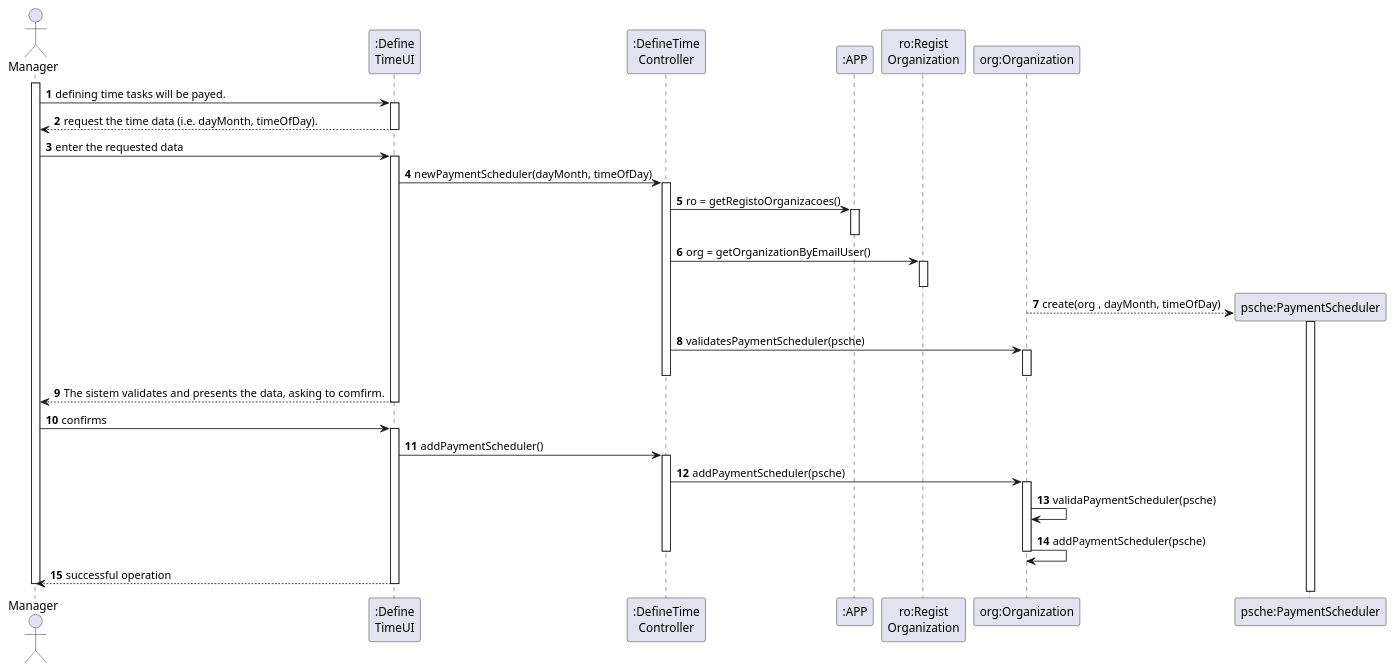
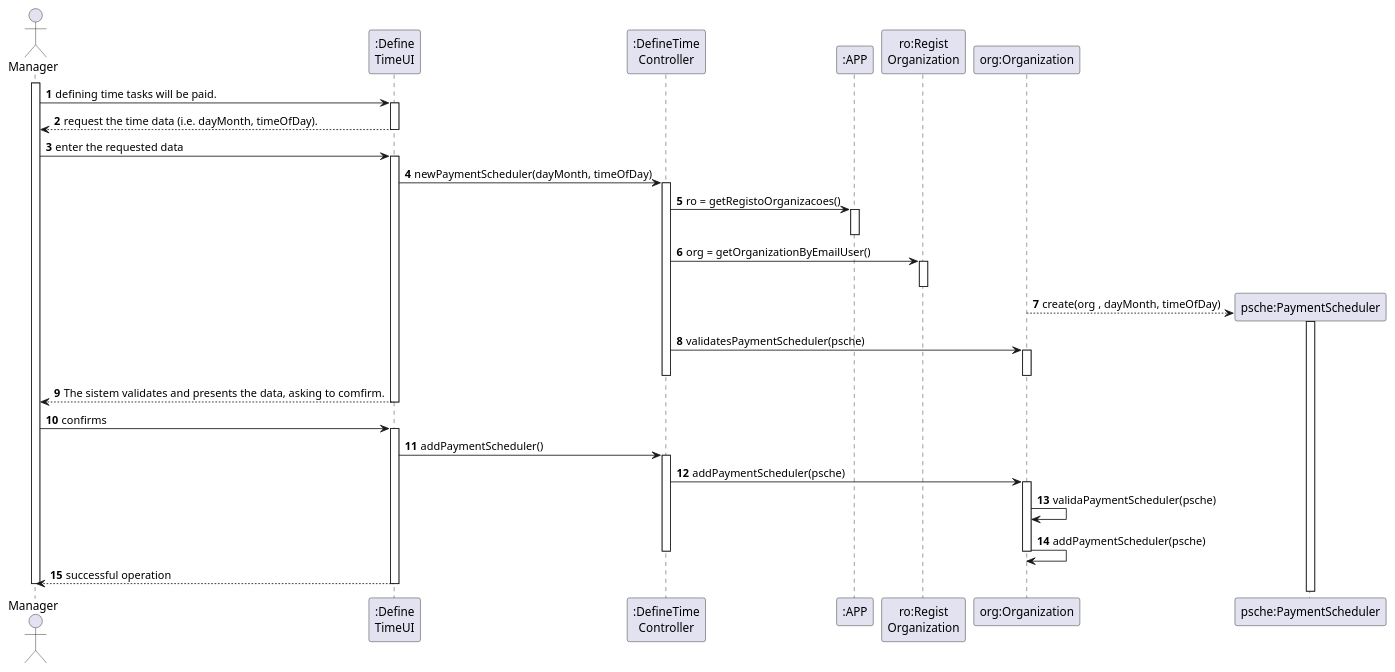
One commit to botelho-io/lapr2-2020-g029 changed the diagram in docs/UC_05/UC05_SD.puml. Above: the diagram before and after it, drawn with PlantUML. The commit also changed 23 other files, not shown here.

Commit message:
Spelling fixes "payed" ---> "paid"

```diff
--- a/docs/UC_05/UC05_SD.puml
+++ b/docs/UC_05/UC05_SD.puml
@@ -1,65 +1,65 @@
 @startuml
 autonumber
 
 actor Manager as M
 participant ":Define\nTimeUI" as UI
 participant ":DefineTime\nController" as CTRL
 participant ":APP" as APP
 participant "ro:Regist\nOrganization" as ORGS
 participant "org:Organization" as ORG
 participant "psche:PaymentScheduler" as PS
 
 activate M
-M -> UI : defining time tasks will be payed.
+M -> UI : defining time tasks will be paid.
 activate UI
 UI --> M : request the time data (i.e. dayMonth, timeOfDay).
 deactivate UI
 
 M -> UI : enter the requested data
 activate UI
 
 UI -> CTRL : newPaymentScheduler(dayMonth, timeOfDay)
 activate CTRL
 
 CTRL -> APP: ro = getRegistoOrganizacoes()
 activate APP
 deactivate APP
 
 CTRL -> ORGS: org = getOrganizationByEmailUser()
 activate ORGS
 deactivate ORGS
 
 
 ORG --> PS ** : create(org , dayMonth, timeOfDay)
 activate PS
 deactivate PS
 
 CTRL -> ORG : validatesPaymentScheduler(psche)
 activate ORG
 deactivate ORG
 
 deactivate CTRL
 UI --> M : The sistem validates and presents the data, asking to comfirm.
 deactivate UI
 
 M -> UI : confirms
 activate UI
 
 UI -> CTRL: addPaymentScheduler()
 activate CTRL
 CTRL -> ORG: addPaymentScheduler(psche)
 activate ORG
 
 ORG -> ORG: validaPaymentScheduler(psche)
 
 
 ORG -> ORG: addPaymentScheduler(psche)
 
 
 deactivate ORG
 deactivate CTRL
 UI --> M : successful operation
 deactivate UI
 
 deactivate M
 @enduml
```
